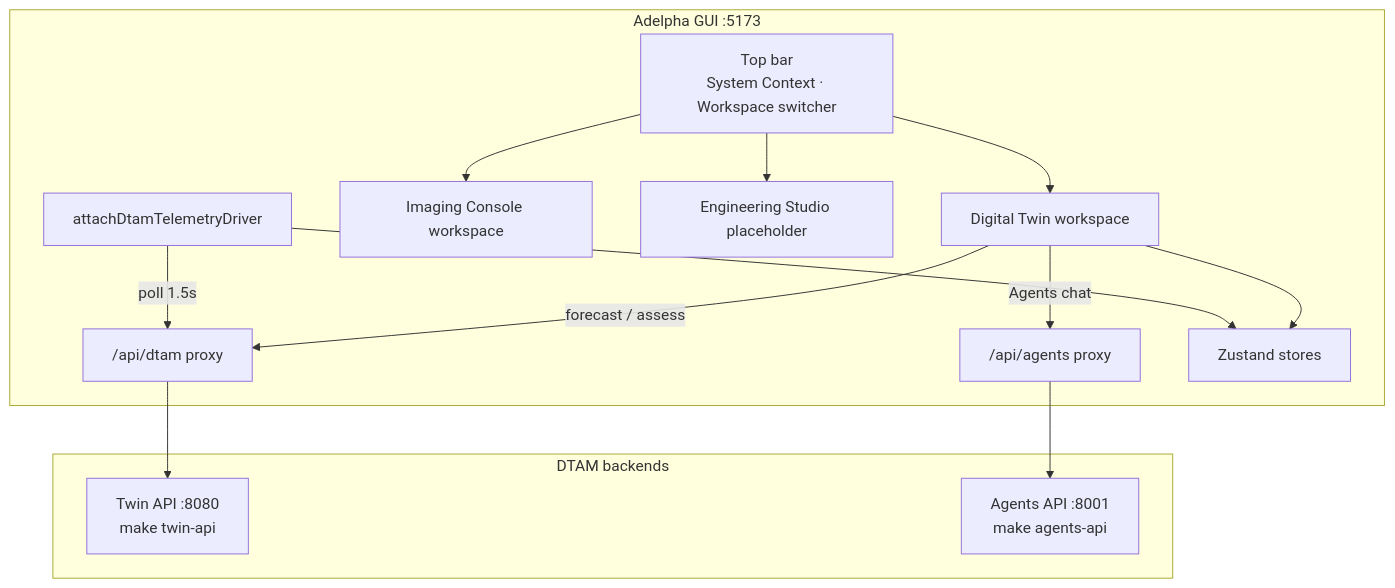
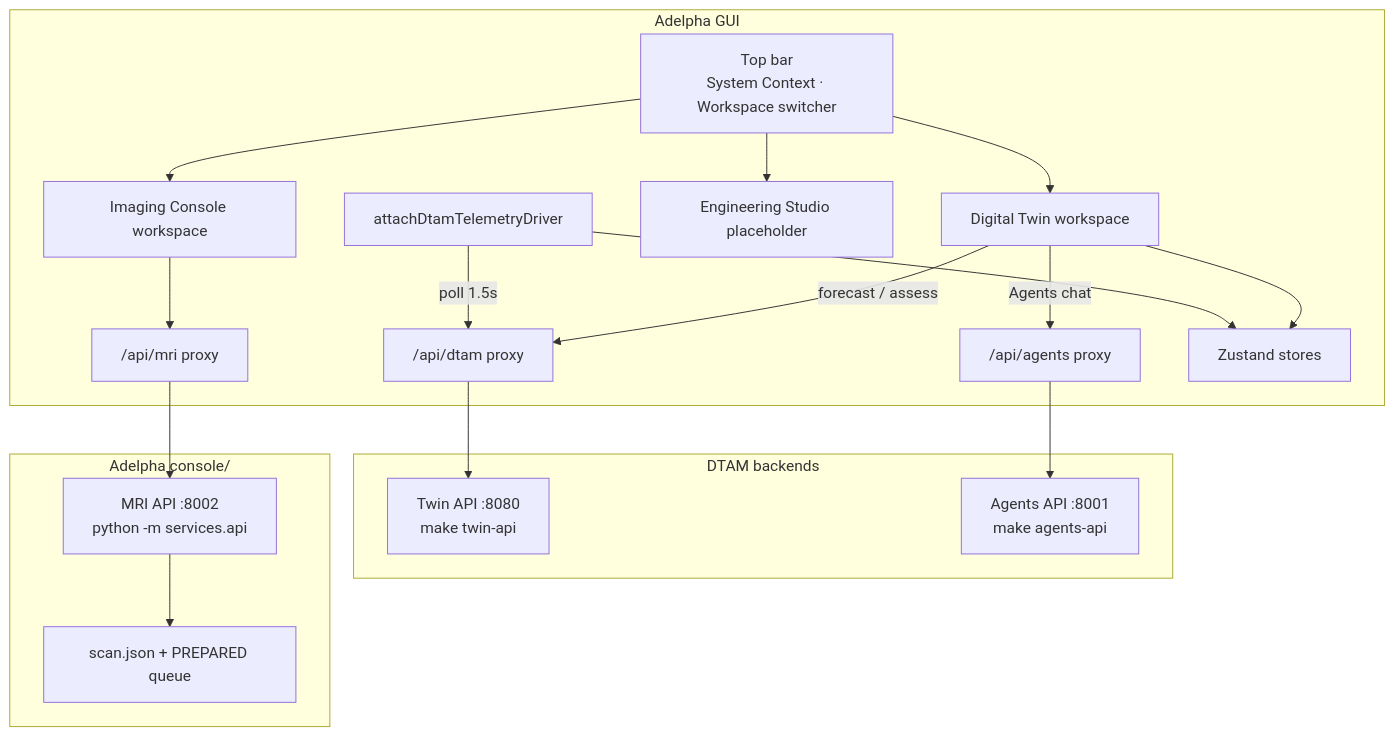
The diagram in docs/guide/architecture.md (imr-framework/adelpha), drawn with Mermaid before and after one commit. The commit also changed other lines of this file and 17 other files, not shown here.

````diff
--- a/docs/guide/architecture.md
+++ b/docs/guide/architecture.md
@@ -9,29 +9,38 @@
 ``` mermaid
 flowchart TB
   subgraph DTAM["DTAM backends"]
     T["Twin API :8080\nmake twin-api"]
     A["Agents API :8001\nmake agents-api"]
   end
 
-  subgraph UI["Adelpha GUI :5173"]
+  subgraph MRI["Adelpha console/"]
+    M["MRI API :8002\npython -m services.api"]
+    Q["scan.json + PREPARED queue"]
+  end
+
+  subgraph UI["Adelpha GUI"]
     TB["Top bar\nSystem Context · Workspace switcher"]
     DT["Digital Twin workspace"]
     IC["Imaging Console workspace"]
     ES["Engineering Studio placeholder"]
     PD["/api/dtam proxy"]
     PA["/api/agents proxy"]
+    PM["/api/mri proxy"]
     D["attachDtamTelemetryDriver"]
     Z["Zustand stores"]
   end
 
   TB --> DT
   TB --> IC
   TB --> ES
   PD --> T
   PA --> A
+  PM --> M
+  M --> Q
   D -->|poll 1.5s| PD
   D --> Z
   DT --> Z
   DT -->|forecast / assess| PD
   DT -->|Agents chat| PA
+  IC --> PM
 ```
````
